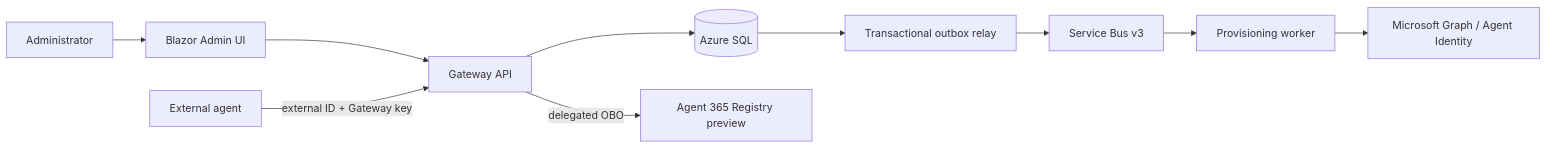
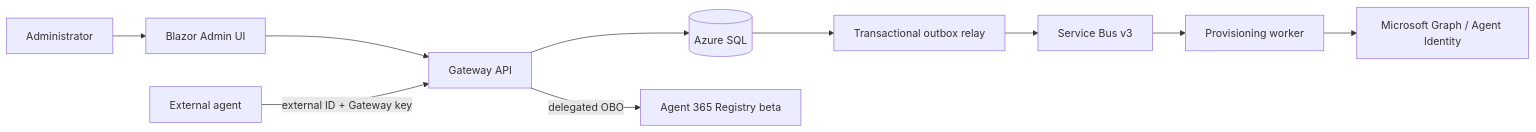
One commit to patrick-shim/a365-custom-gateway changed the diagram in CLAUDE.md. Above: the diagram before and after it, drawn with Mermaid. The commit also changed other lines of this file and 44 other files, not shown here.

````diff
--- a/CLAUDE.md
+++ b/CLAUDE.md
@@ -25,12 +33,12 @@
 ```mermaid
 flowchart LR
     User[Administrator] --> UI[Blazor Admin UI]
     UI --> API[Gateway API]
     Agent[External agent] -->|external ID + Gateway key| API
     API --> SQL[(Azure SQL)]
     SQL --> Relay[Transactional outbox relay]
     Relay --> SB[Service Bus v3]
     SB --> Worker[Provisioning worker]
     Worker --> Graph[Microsoft Graph / Agent Identity]
-    API -->|delegated OBO| Registry[Agent 365 Registry preview]
+    API -->|delegated OBO| Registry[Agent 365 Registry beta]
 ```
````
